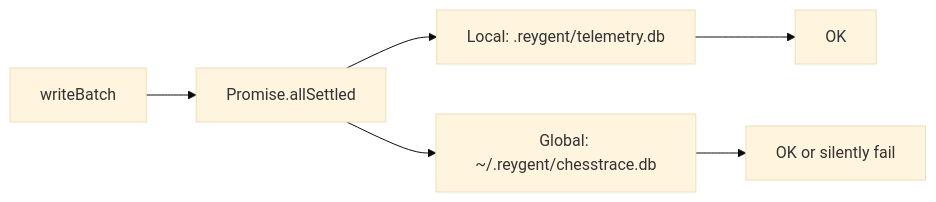
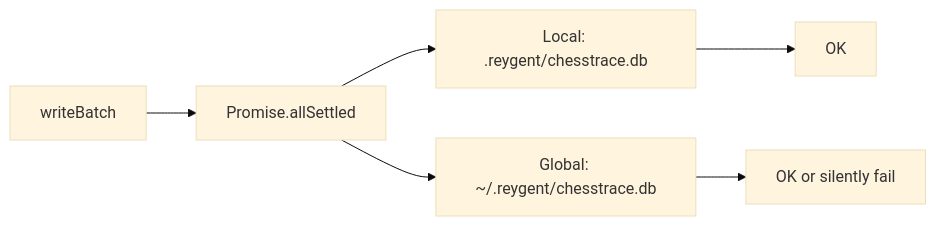
One commit to andrewevans0102/reygent changed the fourth of 5 diagrams in docs/chesstrace.md. Above: the diagram before and after it, drawn with Mermaid (base theme). The commit also changed 10 other files, not shown here.

First line of the commit message:
fix: unify local DB name to chesstrace.db, fix docs gaps

````diff
--- a/docs/chesstrace.md
+++ b/docs/chesstrace.md
@@ -208,8 +208,8 @@
 ```mermaid
 flowchart LR
     WRITE[writeBatch] --> AS[Promise.allSettled]
-    AS --> L[Local: .reygent/telemetry.db]
+    AS --> L[Local: .reygent/chesstrace.db]
     AS --> G[Global: ~/.reygent/chesstrace.db]
     L --> OK1[OK]
     G --> OK2[OK or silently fail]
 ```
````
